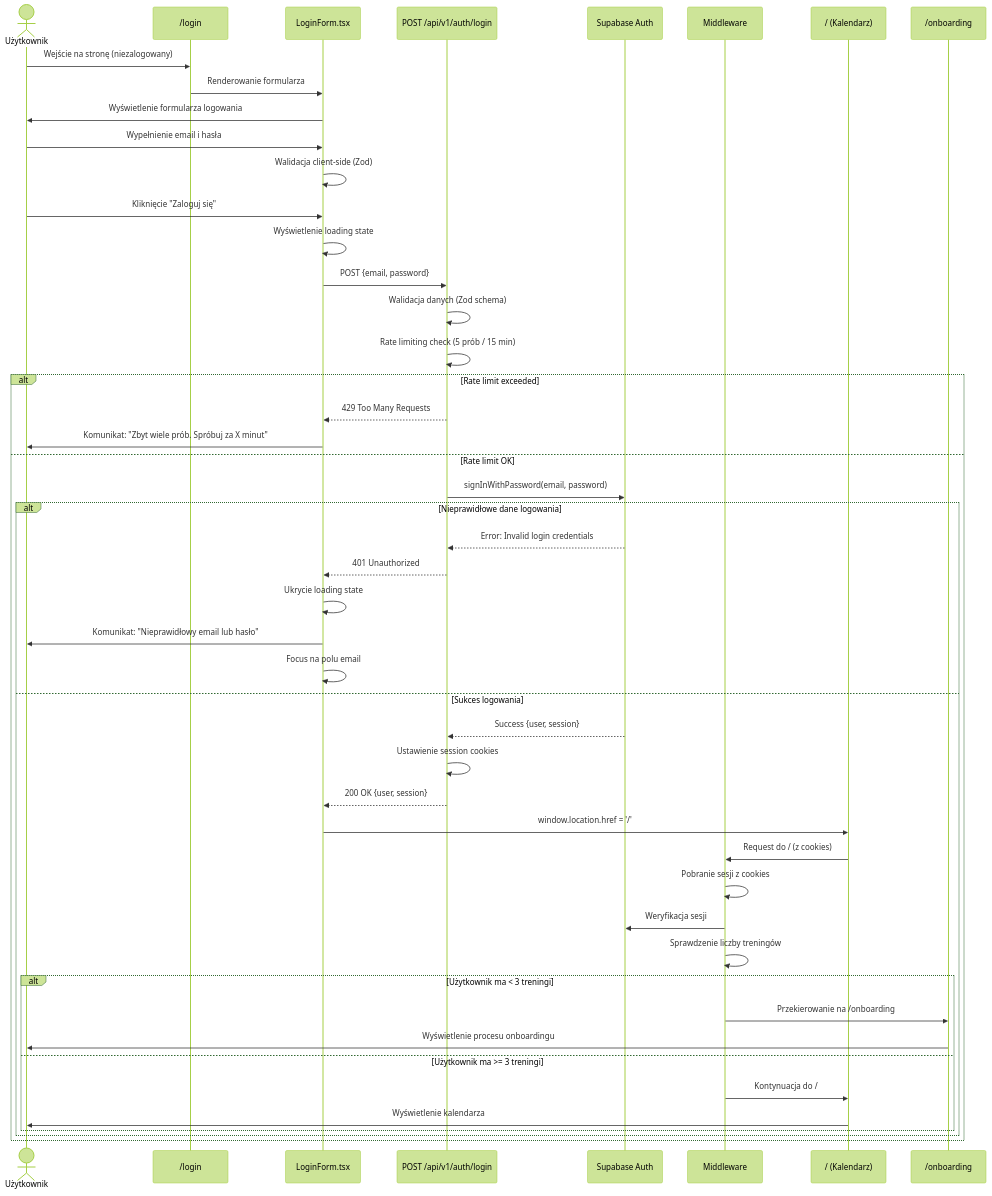
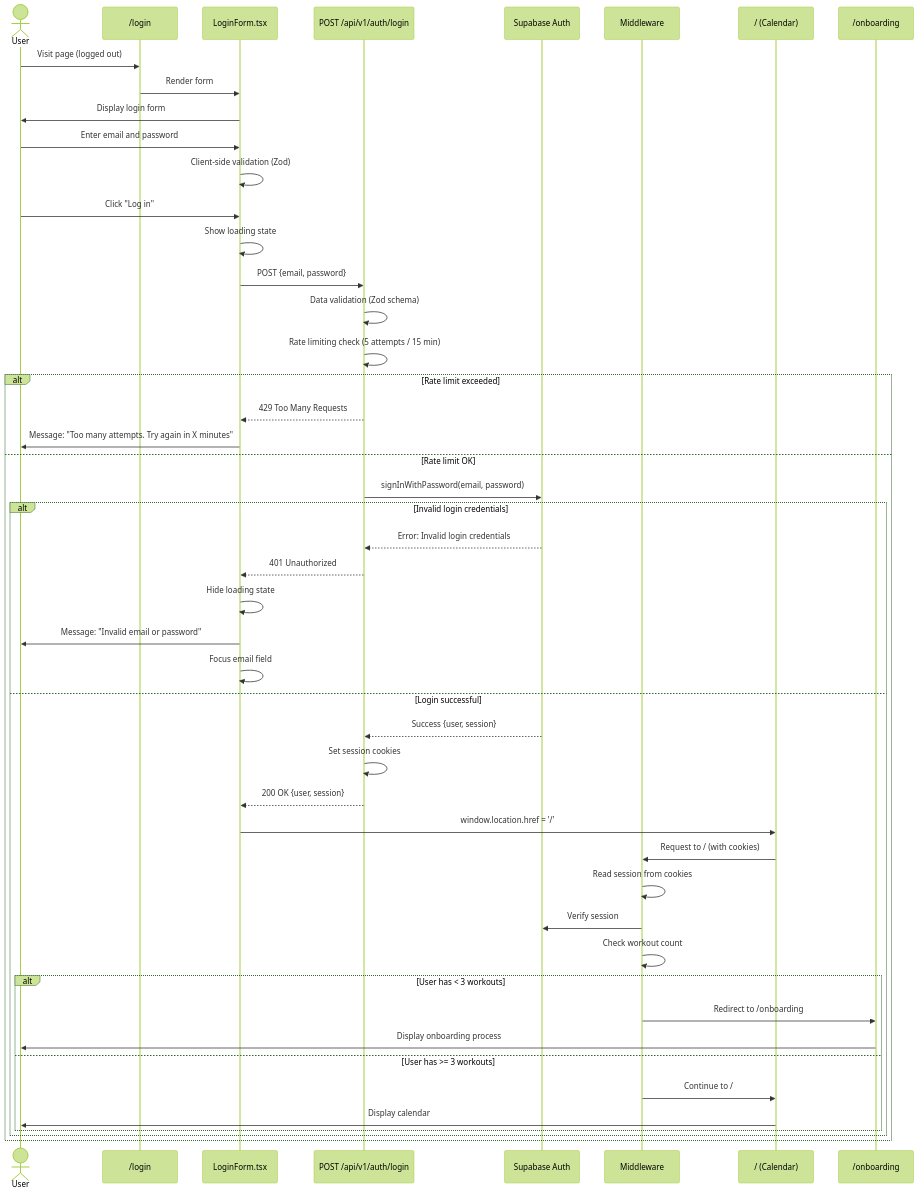
One commit to Filipsky5/traning-planner changed the third of 10 diagrams in .ai/auth-journey-diagram.md. Above: the diagram before and after it, drawn with Mermaid (forest theme). The commit also changed other lines of this file and 31 other files, not shown here.

````diff
--- a/.ai/auth-journey-diagram.md
+++ b/.ai/auth-journey-diagram.md
@@ -108,57 +108,57 @@
 ```mermaid
 sequenceDiagram
-    actor U as Użytkownik
+    actor U as User
     participant LP as /login
     participant LF as LoginForm.tsx
     participant API as POST /api/v1/auth/login
     participant SB as Supabase Auth
     participant MW as Middleware
-    participant CAL as / (Kalendarz)
+    participant CAL as / (Calendar)
     participant OB as /onboarding
 
-    U->>LP: Wejście na stronę (niezalogowany)
-    LP->>LF: Renderowanie formularza
-    LF->>U: Wyświetlenie formularza logowania
+    U->>LP: Visit page (logged out)
+    LP->>LF: Render form
+    LF->>U: Display login form
 
-    U->>LF: Wypełnienie email i hasła
-    LF->>LF: Walidacja client-side (Zod)
+    U->>LF: Enter email and password
+    LF->>LF: Client-side validation (Zod)
 
-    U->>LF: Kliknięcie "Zaloguj się"
-    LF->>LF: Wyświetlenie loading state
+    U->>LF: Click "Log in"
+    LF->>LF: Show loading state
     LF->>API: POST {email, password}
-    API->>API: Walidacja danych (Zod schema)
-    API->>API: Rate limiting check (5 prób / 15 min)
+    API->>API: Data validation (Zod schema)
+    API->>API: Rate limiting check (5 attempts / 15 min)
 
     alt Rate limit exceeded
         API-->>LF: 429 Too Many Requests
-        LF->>U: Komunikat: "Zbyt wiele prób. Spróbuj za X minut"
+        LF->>U: Message: "Too many attempts. Try again in X minutes"
     else Rate limit OK
         API->>SB: signInWithPassword(email, password)
 
-        alt Nieprawidłowe dane logowania
+        alt Invalid login credentials
             SB-->>API: Error: Invalid login credentials
             API-->>LF: 401 Unauthorized
-            LF->>LF: Ukrycie loading state
-            LF->>U: Komunikat: "Nieprawidłowy email lub hasło"
-            LF->>LF: Focus na polu email
-        else Sukces logowania
+            LF->>LF: Hide loading state
+            LF->>U: Message: "Invalid email or password"
+            LF->>LF: Focus email field
+        else Login successful
             SB-->>API: Success {user, session}
-            API->>API: Ustawienie session cookies
+            API->>API: Set session cookies
             API-->>LF: 200 OK {user, session}
             LF->>CAL: window.location.href = '/'
 
-            CAL->>MW: Request do / (z cookies)
-            MW->>MW: Pobranie sesji z cookies
-            MW->>SB: Weryfikacja sesji
-            MW->>MW: Sprawdzenie liczby treningów
+            CAL->>MW: Request to / (with cookies)
+            MW->>MW: Read session from cookies
+            MW->>SB: Verify session
+            MW->>MW: Check workout count
 
-            alt Użytkownik ma < 3 treningi
-                MW->>OB: Przekierowanie na /onboarding
-                OB->>U: Wyświetlenie procesu onboardingu
-            else Użytkownik ma >= 3 treningi
-                MW->>CAL: Kontynuacja do /
-                CAL->>U: Wyświetlenie kalendarza
+            alt User has < 3 workouts
+                MW->>OB: Redirect to /onboarding
+                OB->>U: Display onboarding process
+            else User has >= 3 workouts
+                MW->>CAL: Continue to /
+                CAL->>U: Display calendar
             end
         end
     end
 ```
````
